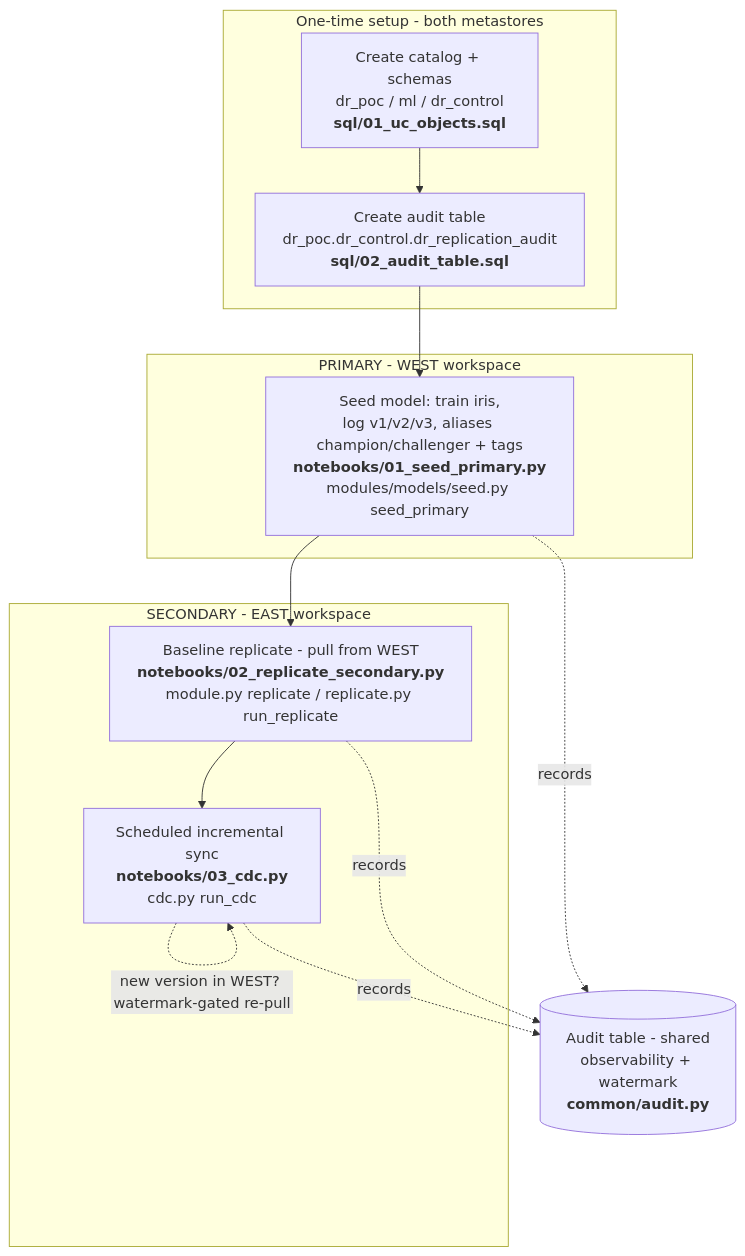
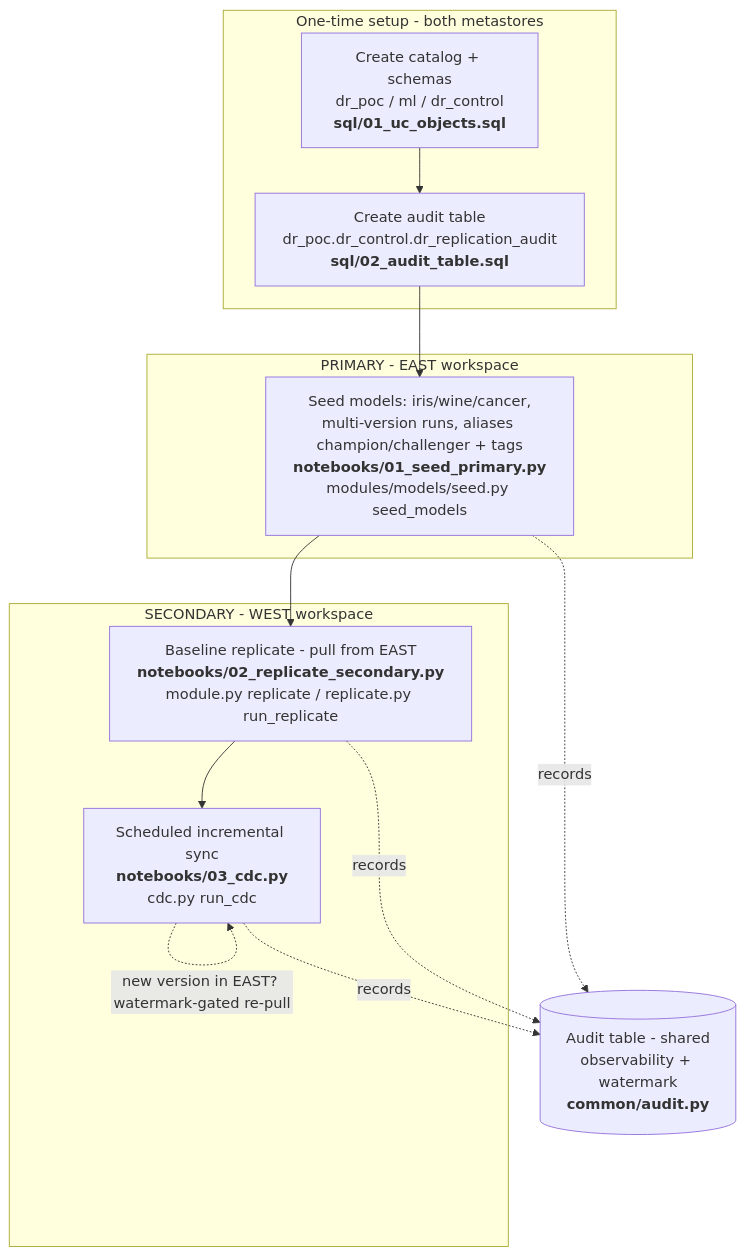
The first of 6 diagrams in docs/architecture.md (ankitad-db/disaster-recovery-poc), drawn with Mermaid before and after one commit. The commit also changed other lines of this file and 45 other files, not shown here.

First line of the commit message:
feat(models): native MLflow-API DR engine, ID mapping, multi-model seed

````diff
--- a/docs/architecture.md
+++ b/docs/architecture.md
@@ -73,26 +80,26 @@
 ```mermaid
 flowchart TD
     subgraph SETUP[One-time setup - both metastores]
         S1[Create catalog + schemas<br/>dr_poc / ml / dr_control<br/><b>sql/01_uc_objects.sql</b>]
         S2[Create audit table<br/>dr_poc.dr_control.dr_replication_audit<br/><b>sql/02_audit_table.sql</b>]
         S1 --> S2
     end
 
-    subgraph WEST[PRIMARY - WEST workspace]
-        SEED[Seed model: train iris,<br/>log v1/v2/v3, aliases champion/challenger + tags<br/><b>notebooks/01_seed_primary.py</b><br/>modules/models/seed.py seed_primary]
+    subgraph EAST[PRIMARY - EAST workspace]
+        SEED[Seed models: iris/wine/cancer,<br/>multi-version runs, aliases champion/challenger + tags<br/><b>notebooks/01_seed_primary.py</b><br/>modules/models/seed.py seed_models]
     end
 
-    subgraph EAST[SECONDARY - EAST workspace]
-        REP[Baseline replicate - pull from WEST<br/><b>notebooks/02_replicate_secondary.py</b><br/>module.py replicate / replicate.py run_replicate]
+    subgraph WEST[SECONDARY - WEST workspace]
+        REP[Baseline replicate - pull from EAST<br/><b>notebooks/02_replicate_secondary.py</b><br/>module.py replicate / replicate.py run_replicate]
         CDC[Scheduled incremental sync<br/><b>notebooks/03_cdc.py</b><br/>cdc.py run_cdc]
     end
 
     S2 --> SEED
     SEED --> REP
     REP --> CDC
-    CDC -. "new version in WEST? watermark-gated re-pull" .-> CDC
+    CDC -. "new version in EAST? watermark-gated re-pull" .-> CDC
 
     SEED -.records.-> AUDIT[(Audit table - shared<br/>observability + watermark<br/><b>common/audit.py</b>)]
     REP -.records.-> AUDIT
     CDC -.records.-> AUDIT
 ```
````
